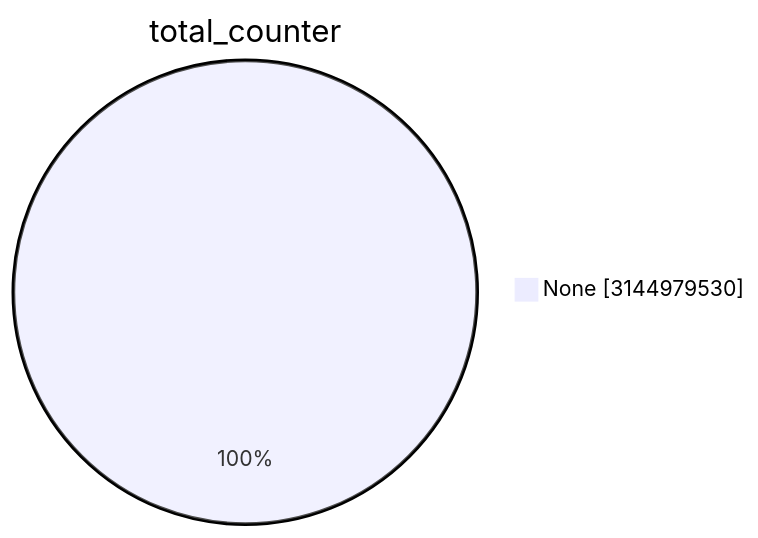
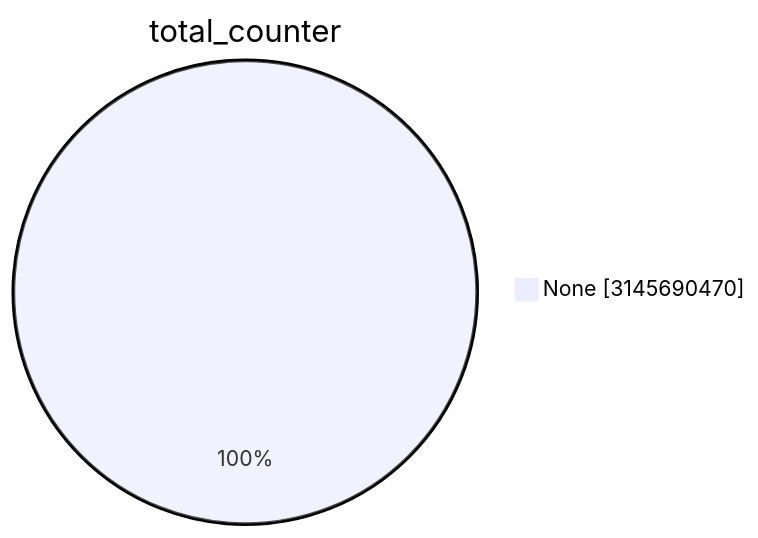
One commit to christiankrug/ctmonitor_visualization changed the first of 15 diagrams in TOTAL/README.md. Above: the diagram before and after it, drawn with Mermaid. The commit also changed other lines of this file, not shown here.

````diff
--- a/TOTAL/README.md
+++ b/TOTAL/README.md
@@ -1,5 +1,5 @@
 ```mermaid
 pie showData
 title total_counter
-"None" :3144979530
+"None" :3145690470
 ```
````
